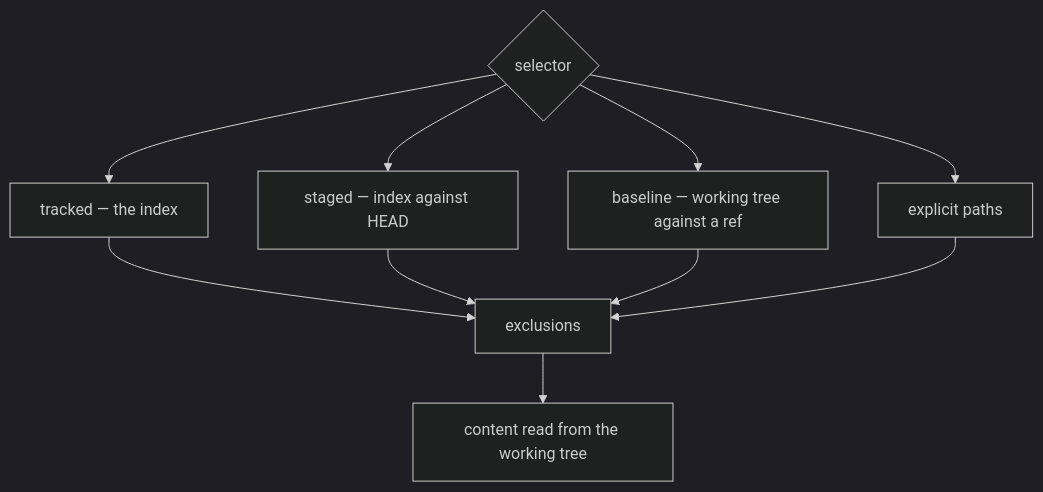
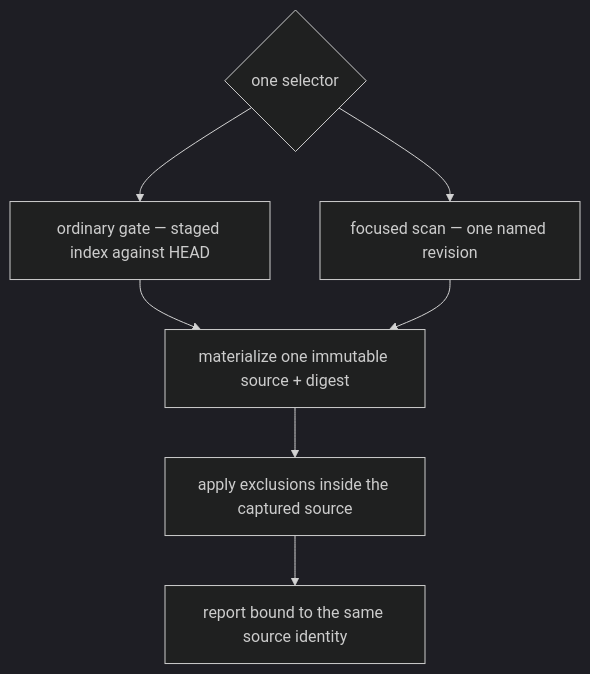
Diagram 11 of 14 in docs/product/checks.md (infimalabs/spice-rust), drawn with Mermaid (dark theme) before and after one commit. The commit also changed other lines of this file and 71 other files, not shown here.

````diff
--- a/docs/product/checks.md
+++ b/docs/product/checks.md
@@ -350,12 +393,9 @@
 ```mermaid
 flowchart TD
-  S{"selector"} --> T["tracked — the index"]
-  S --> G["staged — index against HEAD"]
-  S --> B["baseline — working tree against a ref"]
-  S --> P["explicit paths"]
-  T --> E[exclusions]
-  G --> E
-  B --> E
-  P --> E
-  E --> C["content read from the working tree"]
+  S{"one selector"} --> G["ordinary gate — staged index against HEAD"]
+  S --> T["focused scan — one named revision"]
+  G --> C["materialize one immutable source + digest"]
+  T --> C
+  C --> E["apply exclusions inside the captured source"]
+  E --> R["report bound to the same source identity"]
 ```
````
